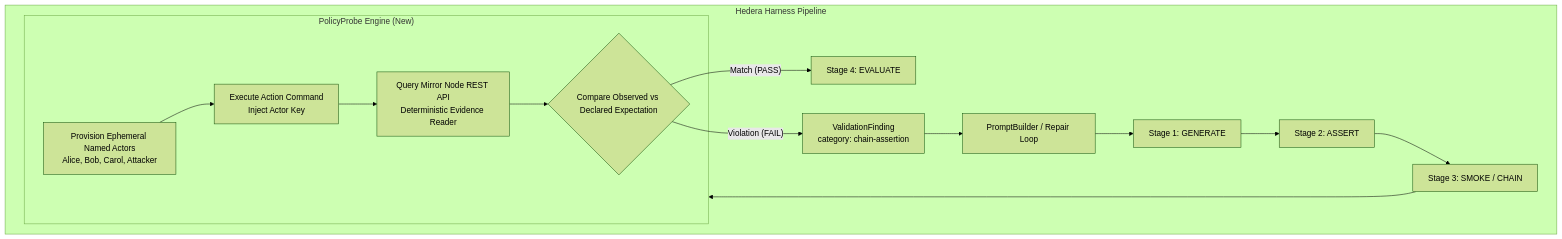
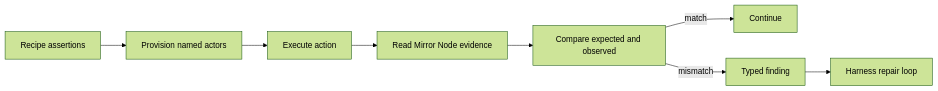
One commit to akm2006/PolicyProbe changed the diagram in README.md. Above: the diagram before and after it, drawn with Mermaid (forest theme). The commit also changed other lines of this file and 45 other files, not shown here.

````diff
--- a/README.md
+++ b/README.md
@@ -47,21 +57,10 @@
 ```mermaid
-flowchart TD
-    subgraph Harness ["Hedera Harness Pipeline"]
-        G[Stage 1: GENERATE] --> A[Stage 2: ASSERT]
-        A --> S[Stage 3: SMOKE / CHAIN]
-        
-        subgraph PolicyProbe ["PolicyProbe Engine (New)"]
-            S1[Provision Ephemeral Named Actors\nAlice, Bob, Carol, Attacker]
-            S2[Execute Action Command\nInject Actor Key]
-            S3[Query Mirror Node REST API\nDeterministic Evidence Reader]
-            S4{Compare Observed vs Declared Expectation}
-            S1 --> S2 --> S3 --> S4
-        end
-        
-        S --> PolicyProbe
-        S4 -- "Match (PASS)" --> E[Stage 4: EVALUATE]
-        S4 -- "Violation (FAIL)" --> F[ValidationFinding\ncategory: chain-assertion]
-        F --> R[PromptBuilder / Repair Loop]
-        R --> G
-    end
+flowchart LR
+  R[Recipe assertions] --> P[Provision named actors]
+  P --> A[Execute action]
+  A --> M[Read Mirror Node evidence]
+  M --> C[Compare expected and observed]
+  C -->|match| N[Continue]
+  C -->|mismatch| F[Typed finding]
+  F --> L[Harness repair loop]
 ```
````
